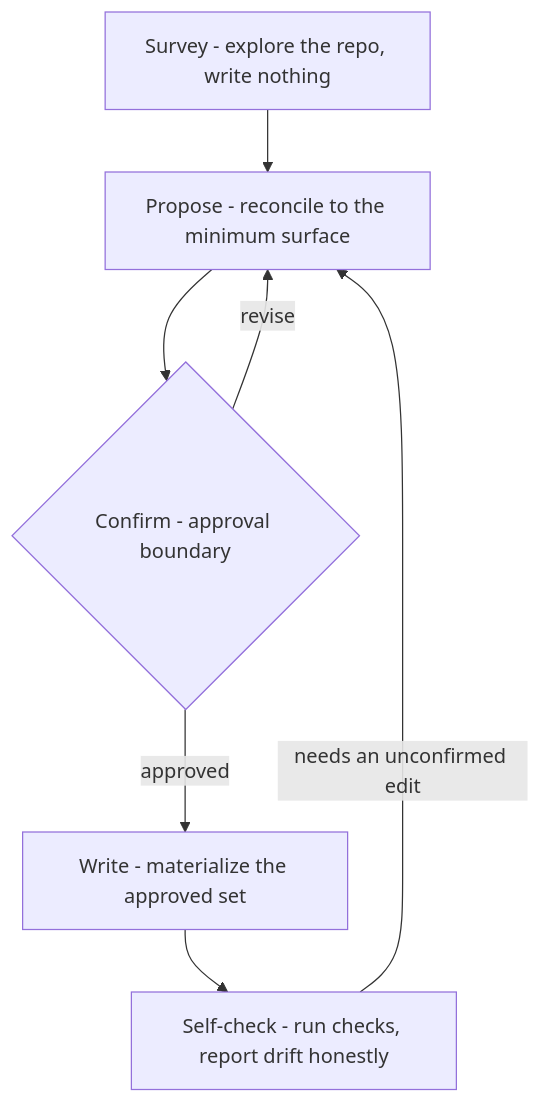
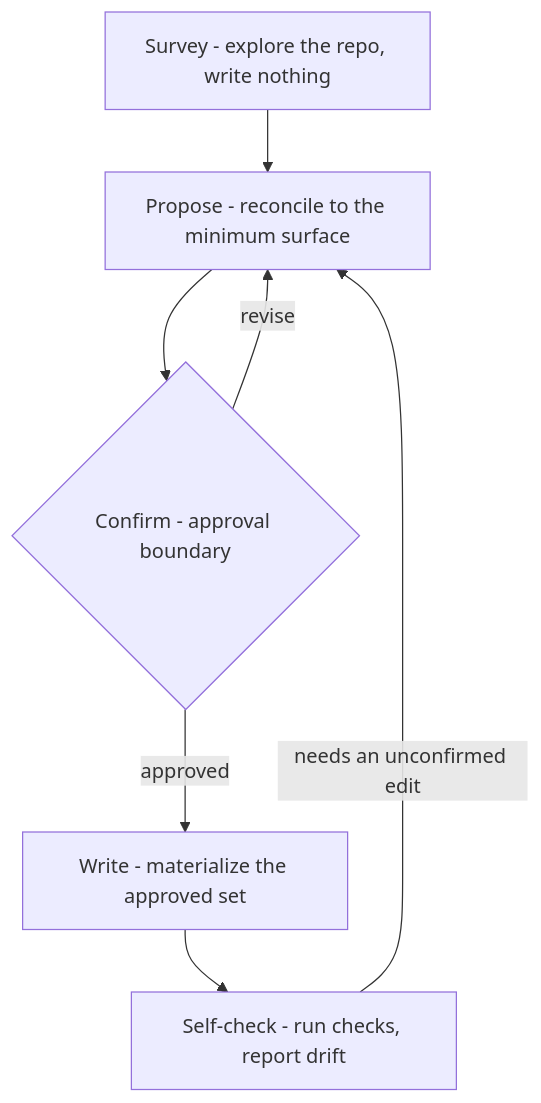
The diagram in skills/dress/SKILL.md (ZPerrin/loom), drawn with Mermaid before and after one commit. The commit also changed other lines of this file and 7 other files, not shown here.

````diff
--- a/skills/dress/SKILL.md
+++ b/skills/dress/SKILL.md
@@ -29,9 +29,9 @@
 ```mermaid
 flowchart TD
     survey["Survey - explore the repo, write nothing"] --> propose["Propose - reconcile to the minimum surface"]
     propose --> confirm{"Confirm - approval boundary"}
     confirm -->|revise| propose
     confirm -->|approved| write["Write - materialize the approved set"]
-    write --> check["Self-check - run checks, report drift honestly"]
+    write --> check["Self-check - run checks, report drift"]
     check -->|"needs an unconfirmed edit"| propose
 ```
````
